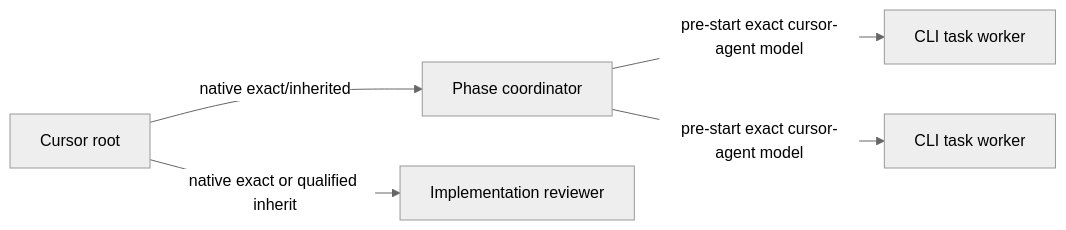
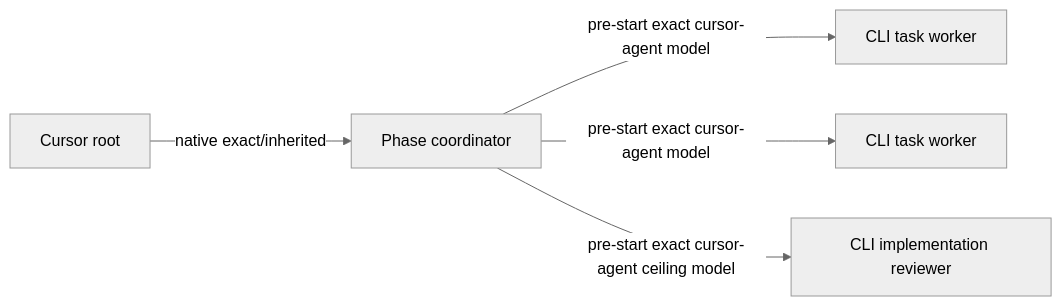
Before and after one commit to voxmedia/open-agent-toolkit: the second of 2 diagrams in .oat/projects/shared/oat-project-fixture/references/dispatching-subagents-cursor-draft.md, drawn with Mermaid (neutral theme). The commit also changed other lines of this file and 12 other files, not shown here.

````diff
--- a/.oat/projects/shared/oat-project-fixture/references/dispatching-subagents-cursor-draft.md
+++ b/.oat/projects/shared/oat-project-fixture/references/dispatching-subagents-cursor-draft.md
@@ -69,7 +72,7 @@
 ```mermaid
 flowchart LR
   R[Cursor root] -->|native exact/inherited| C[Phase coordinator]
   C -->|pre-start exact cursor-agent model| T1[CLI task worker]
   C -->|pre-start exact cursor-agent model| T2[CLI task worker]
-  R -->|native exact or qualified inherit| V[Implementation reviewer]
+  C -->|pre-start exact cursor-agent ceiling model| V[CLI implementation reviewer]
 ```
````
